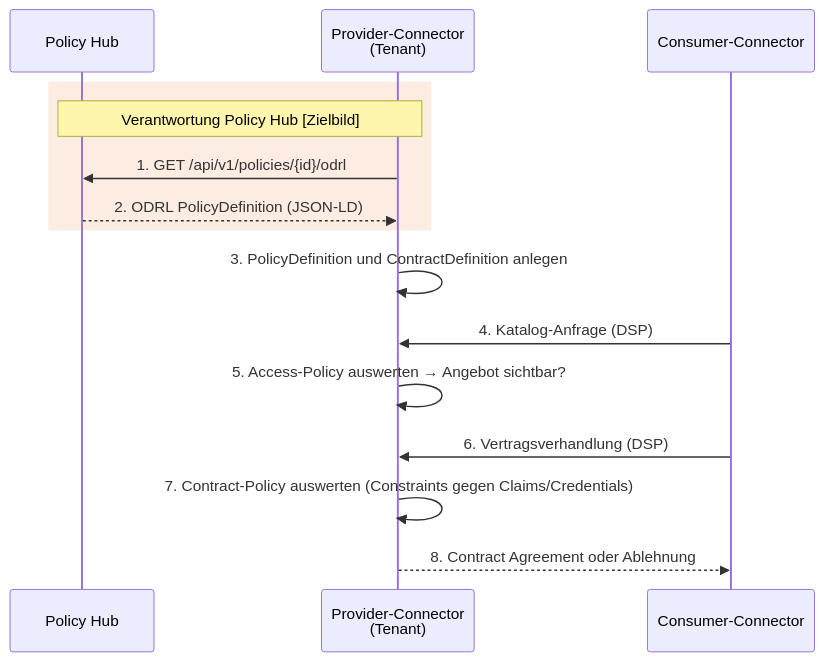
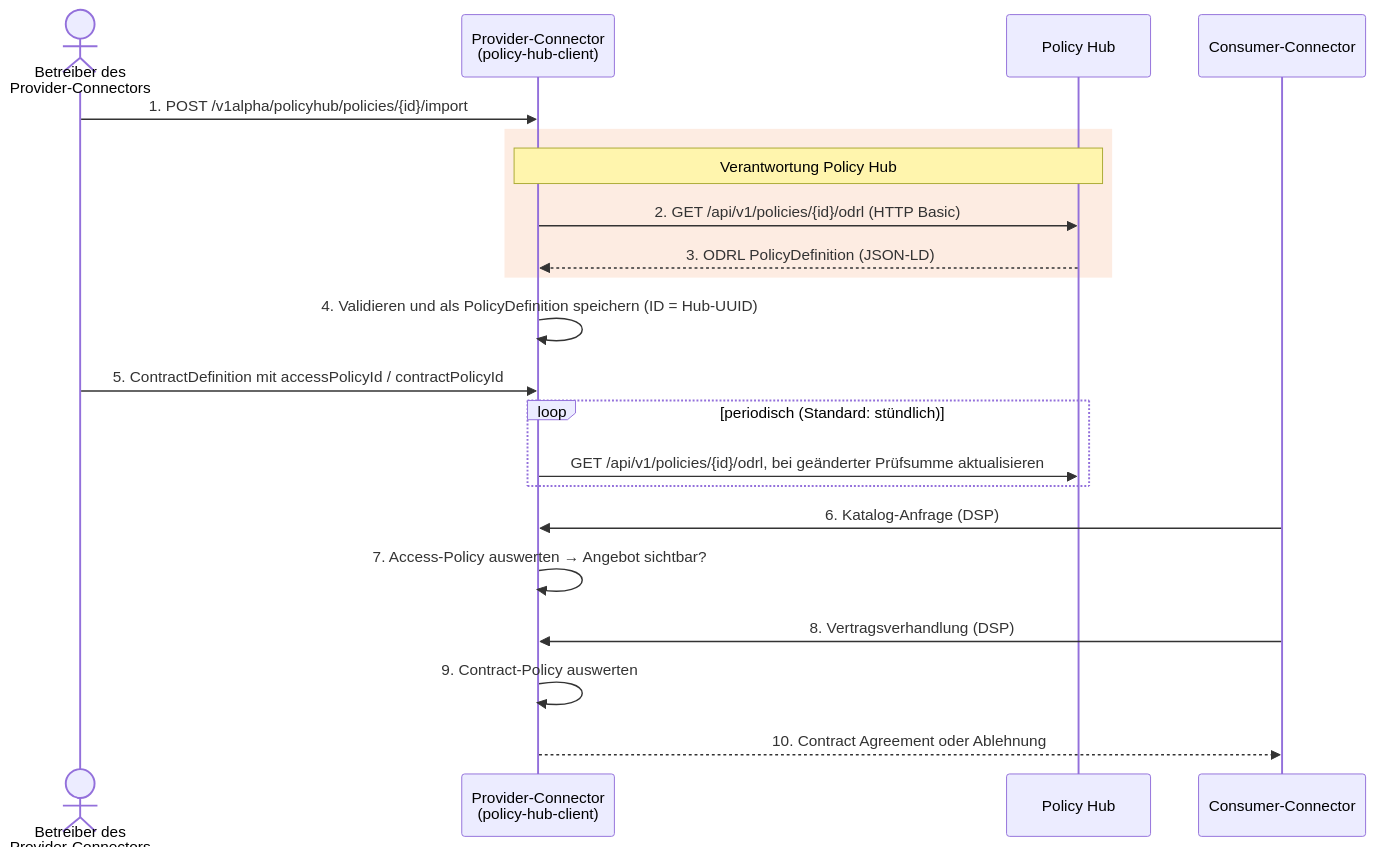
One commit to project-construct-x/policy-hub changed the ninth of 12 diagrams in docs/architecture/architecture.md. Above: the diagram before and after it, drawn with Mermaid. The commit also changed other lines of this file, not shown here.

````diff
--- a/docs/architecture/architecture.md
+++ b/docs/architecture/architecture.md
@@ -463,18 +463,24 @@
 ```mermaid
 sequenceDiagram
+    actor OP as Betreiber des<br/>Provider-Connectors
+    participant PC as Provider-Connector<br/>(policy-hub-client)
     participant HUB as Policy Hub
-    participant PC as Provider-Connector<br/>(Tenant)
     participant CC as Consumer-Connector
 
+    OP->>PC: 1. POST /v1alpha/policyhub/policies/{id}/import
     rect rgb(253, 236, 226)
-    note over HUB,PC: Verantwortung Policy Hub [Zielbild]
-    PC->>HUB: 1. GET /api/v1/policies/{id}/odrl
-    HUB-->>PC: 2. ODRL PolicyDefinition (JSON-LD)
+    note over PC,HUB: Verantwortung Policy Hub
+    PC->>HUB: 2. GET /api/v1/policies/{id}/odrl (HTTP Basic)
+    HUB-->>PC: 3. ODRL PolicyDefinition (JSON-LD)
     end
-    PC->>PC: 3. PolicyDefinition und ContractDefinition anlegen
-    CC->>PC: 4. Katalog-Anfrage (DSP)
-    PC->>PC: 5. Access-Policy auswerten → Angebot sichtbar?
-    CC->>PC: 6. Vertragsverhandlung (DSP)
-    PC->>PC: 7. Contract-Policy auswerten (Constraints gegen Claims/Credentials)
-    PC-->>CC: 8. Contract Agreement oder Ablehnung
+    PC->>PC: 4. Validieren und als PolicyDefinition speichern (ID = Hub-UUID)
+    OP->>PC: 5. ContractDefinition mit accessPolicyId / contractPolicyId
+    loop periodisch (Standard: stündlich)
+        PC->>HUB: GET /api/v1/policies/{id}/odrl, bei geänderter Prüfsumme aktualisieren
+    end
+    CC->>PC: 6. Katalog-Anfrage (DSP)
+    PC->>PC: 7. Access-Policy auswerten → Angebot sichtbar?
+    CC->>PC: 8. Vertragsverhandlung (DSP)
+    PC->>PC: 9. Contract-Policy auswerten
+    PC-->>CC: 10. Contract Agreement oder Ablehnung
 ```
````
